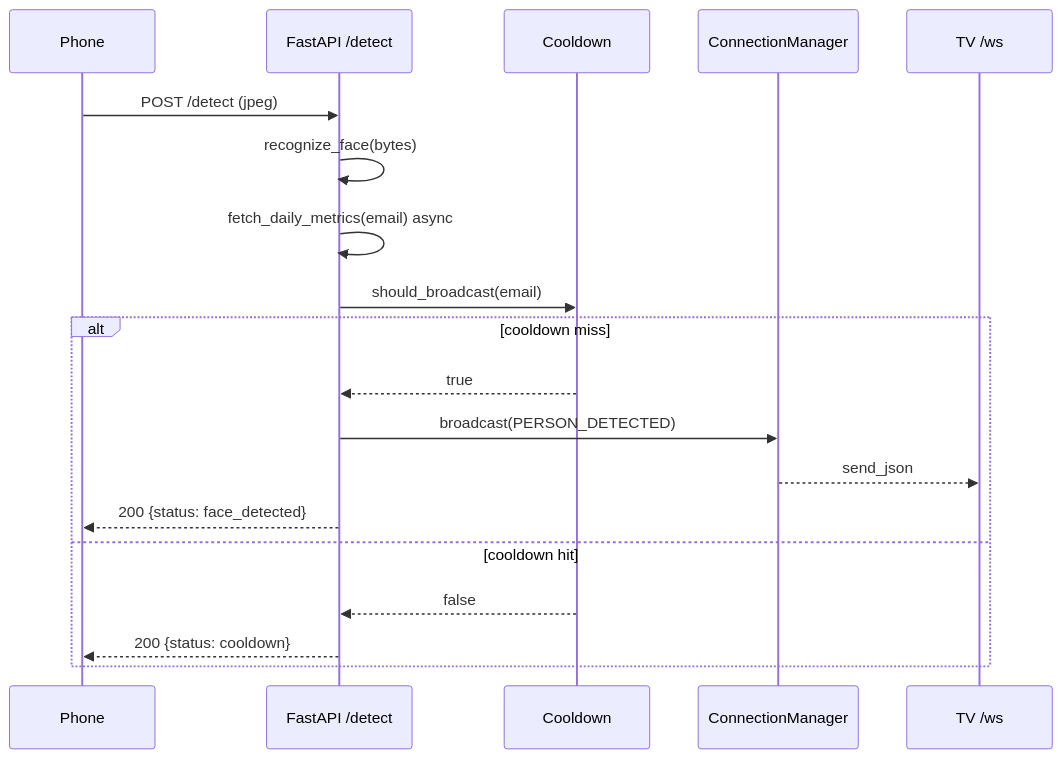
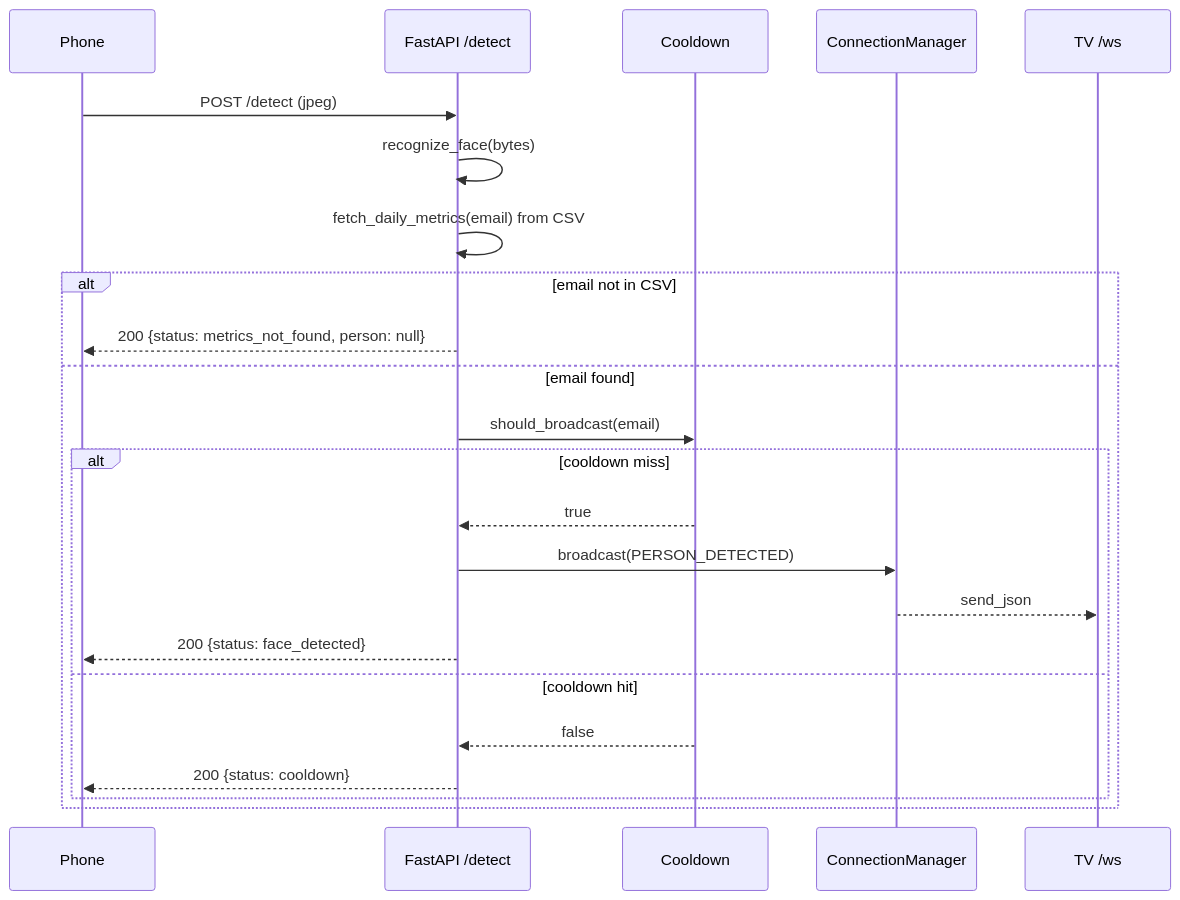
The second of 2 diagrams in docs/face-detection.md (karanoza-yorkie/cursor-leaderboard), drawn with Mermaid before and after one commit. The commit also changed other lines of this file and 10 other files, not shown here.

First line of the commit message:
face_detection_feature: load live detection metrics from all_users.csv instead of API

````diff
--- a/docs/face-detection.md
+++ b/docs/face-detection.md
@@ -64,22 +64,26 @@
 ```mermaid
 sequenceDiagram
     participant P as Phone
     participant B as FastAPI /detect
     participant C as Cooldown
     participant M as ConnectionManager
     participant T as TV /ws
 
     P->>B: POST /detect (jpeg)
     B->>B: recognize_face(bytes)
-    B->>B: fetch_daily_metrics(email) async
+    B->>B: fetch_daily_metrics(email) from CSV
+    alt email not in CSV
+        B-->>P: 200 {status: metrics_not_found, person: null}
+    else email found
     B->>C: should_broadcast(email)
     alt cooldown miss
         C-->>B: true
         B->>M: broadcast(PERSON_DETECTED)
         M-->>T: send_json
         B-->>P: 200 {status: face_detected}
     else cooldown hit
         C-->>B: false
         B-->>P: 200 {status: cooldown}
     end
+    end
 ```
````
